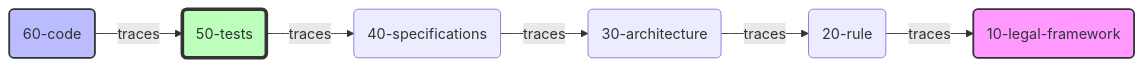
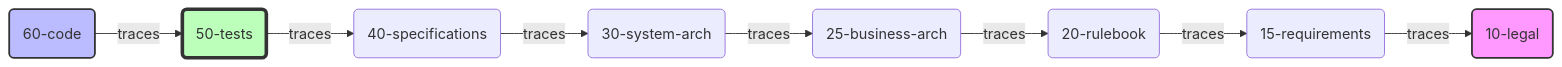
Before and after one commit to nnworkspace/presentations: the second of 7 diagrams in elan_intro.md, drawn with Mermaid. The commit also changed other lines of this file, not shown here.

````diff
--- a/elan_intro.md
+++ b/elan_intro.md
@@ -196,12 +211,14 @@
-```mermaid {scale: 0.6}
+```mermaid {scale: 0.45}
 graph LR
-    Rule(20-rule) --> |traces| Law(10-legal-framework)
-    Arch(30-architecture) --> |traces| Rule
-    Spec(40-specifications) --> |traces| Arch
+    Req(15-requirements) --> |traces| Law(10-legal)
+    Rule(20-rulebook) --> |traces| Req
+    BArch(25-business-arch) --> |traces| Rule
+    SArch(30-system-arch) --> |traces| BArch
+    Spec(40-specifications) --> |traces| SArch
     Test(50-tests) --> |traces| Spec
     Impl(60-code) --> |traces| Test
     
     style Law fill:#f9f,stroke:#333,stroke-width:2px
     style Impl fill:#bbf,stroke:#333,stroke-width:2px
     style Test fill:#bfb,stroke:#333,stroke-width:4px
 ```
````
